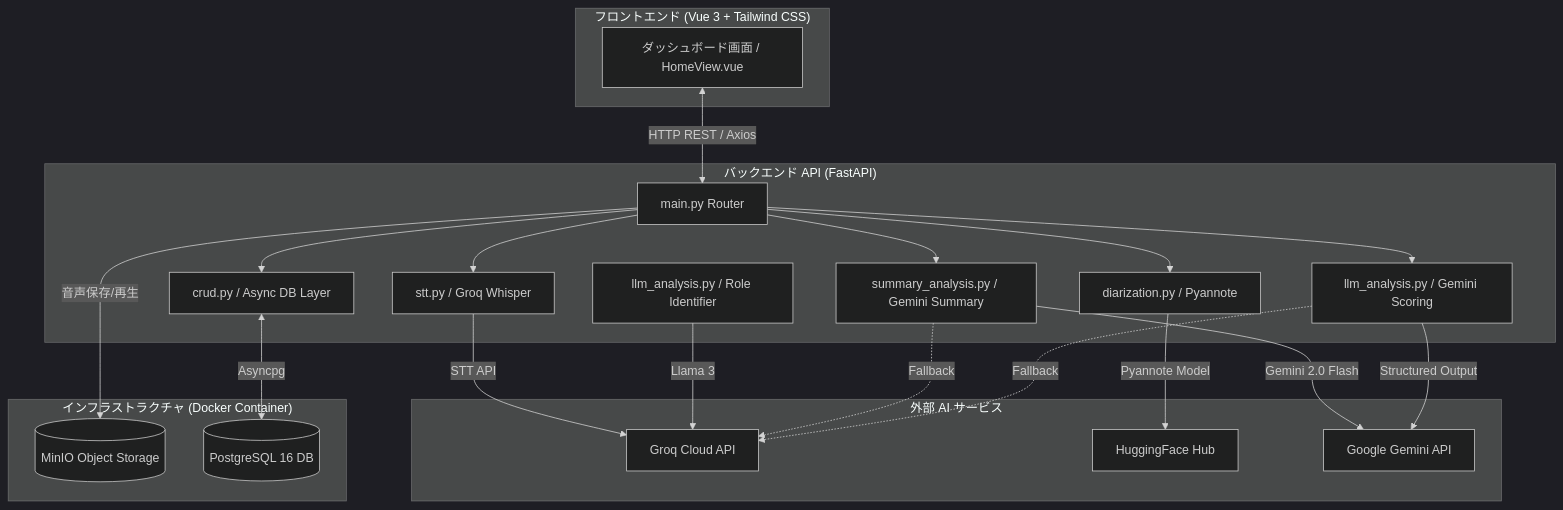
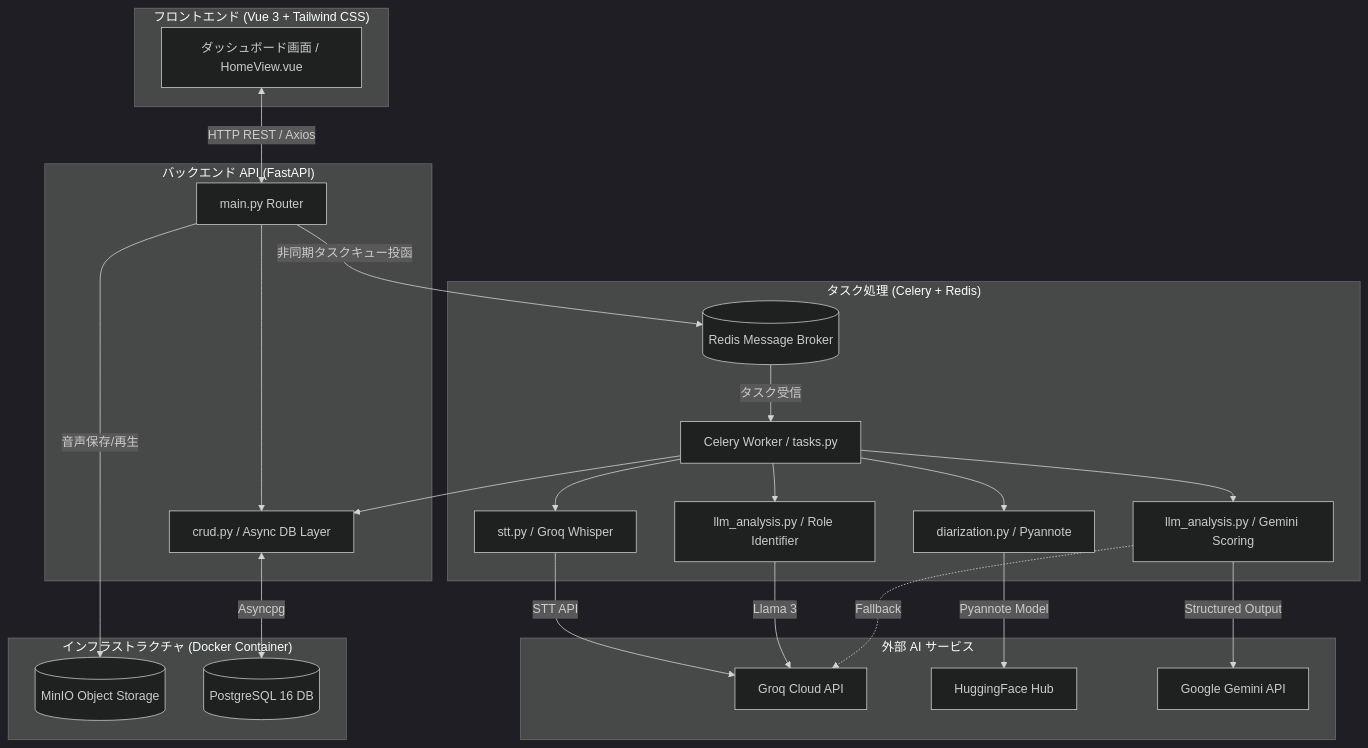
Before and after one commit to tansyu0423-creator/telesales-web-app: the first of 3 diagrams in docs/01_system_architecture.md, drawn with Mermaid (dark theme). The commit also changed other lines of this file and 13 other files, not shown here.

````diff
--- a/docs/01_system_architecture.md
+++ b/docs/01_system_architecture.md
@@ -29,45 +31,51 @@
 ```mermaid
 flowchart TB
     subgraph Frontend ["フロントエンド (Vue 3 + Tailwind CSS)"]
         UI[ダッシュボード画面 / HomeView.vue]
     end
 
     subgraph Backend ["バックエンド API (FastAPI)"]
         API[main.py Router]
+        CRUD[crud.py / Async DB Layer]
+    end
+
+    subgraph TaskQueue ["タスク処理 (Celery + Redis)"]
+        Redis[(Redis Message Broker)]
+        Worker[Celery Worker / tasks.py]
         STT_MOD[stt.py / Groq Whisper]
         DIAR_MOD[diarization.py / Pyannote]
         LLM_ROLE[llm_analysis.py / Role Identifier]
         LLM_SCORE[llm_analysis.py / Gemini Scoring]
-        SUMM_MOD[summary_analysis.py / Gemini Summary]
-        CRUD[crud.py / Async DB Layer]
     end
 
     subgraph External_AI ["外部 AI サービス"]
         Groq_API[Groq Cloud API]
         HF_Hub[HuggingFace Hub]
         Gemini_API[Google Gemini API]
     end
 
     subgraph Infrastructure ["インフラストラクチャ (Docker Container)"]
         MinIO[(MinIO Object Storage)]
         Postgres[(PostgreSQL 16 DB)]
     end
 
     UI <-->|HTTP REST / Axios| API
     API -->|音声保存/再生| MinIO
-    API --> STT_MOD
-    API --> DIAR_MOD
-    API --> SUMM_MOD
-    API --> LLM_SCORE
+    API -->|非同期タスクキュー投函| Redis
+    Redis -->|タスク受信| Worker
+
+    Worker --> STT_MOD
+    Worker --> DIAR_MOD
+    Worker --> LLM_ROLE
+    Worker --> LLM_SCORE
 
     STT_MOD -->|STT API| Groq_API
     DIAR_MOD -->|Pyannote Model| HF_Hub
     LLM_ROLE -->|Llama 3| Groq_API
-    SUMM_MOD -->|Gemini 2.0 Flash| Gemini_API
-    SUMM_MOD -.->|Fallback| Groq_API
     LLM_SCORE -->|Structured Output| Gemini_API
     LLM_SCORE -.->|Fallback| Groq_API
 
     API --> CRUD
+    Worker --> CRUD
     CRUD <-->|Asyncpg| Postgres
 ```
````
